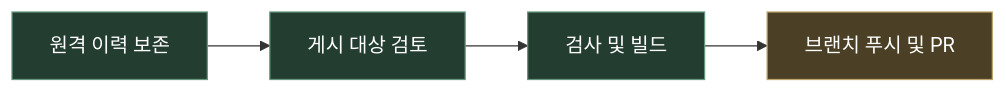
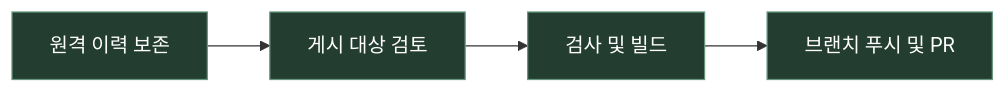
One commit to skerfolg/pok-ui changed the first of 3 diagrams in docs/CURRENT-PLAN.md. Above: the diagram before and after it, drawn with Mermaid. The commit also changed other lines of this file, not shown here.

Commit message:
docs: record initial repository pull request

````diff
--- a/docs/CURRENT-PLAN.md
+++ b/docs/CURRENT-PLAN.md
@@ -10,6 +10,6 @@
 ```mermaid
 flowchart LR
-  A[원격 이력 보존]:::done --> B[게시 대상 검토]:::done --> C[검사 및 빌드]:::done --> D[브랜치 푸시 및 PR]:::active
+  A[원격 이력 보존]:::done --> B[게시 대상 검토]:::done --> C[검사 및 빌드]:::done --> D[브랜치 푸시 및 PR]:::done
   classDef done fill:#243d31,stroke:#65967d,color:#fff
   classDef active fill:#4b4025,stroke:#bca46c,color:#fff
 ```
````
